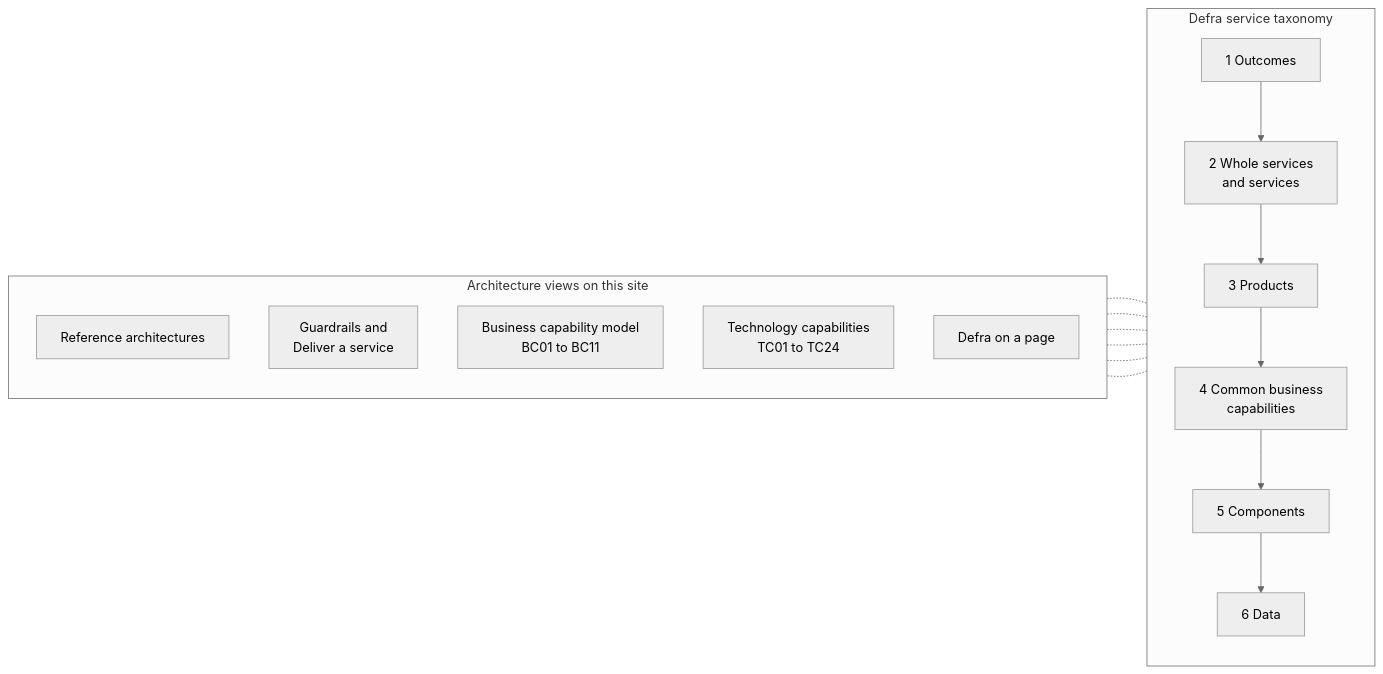
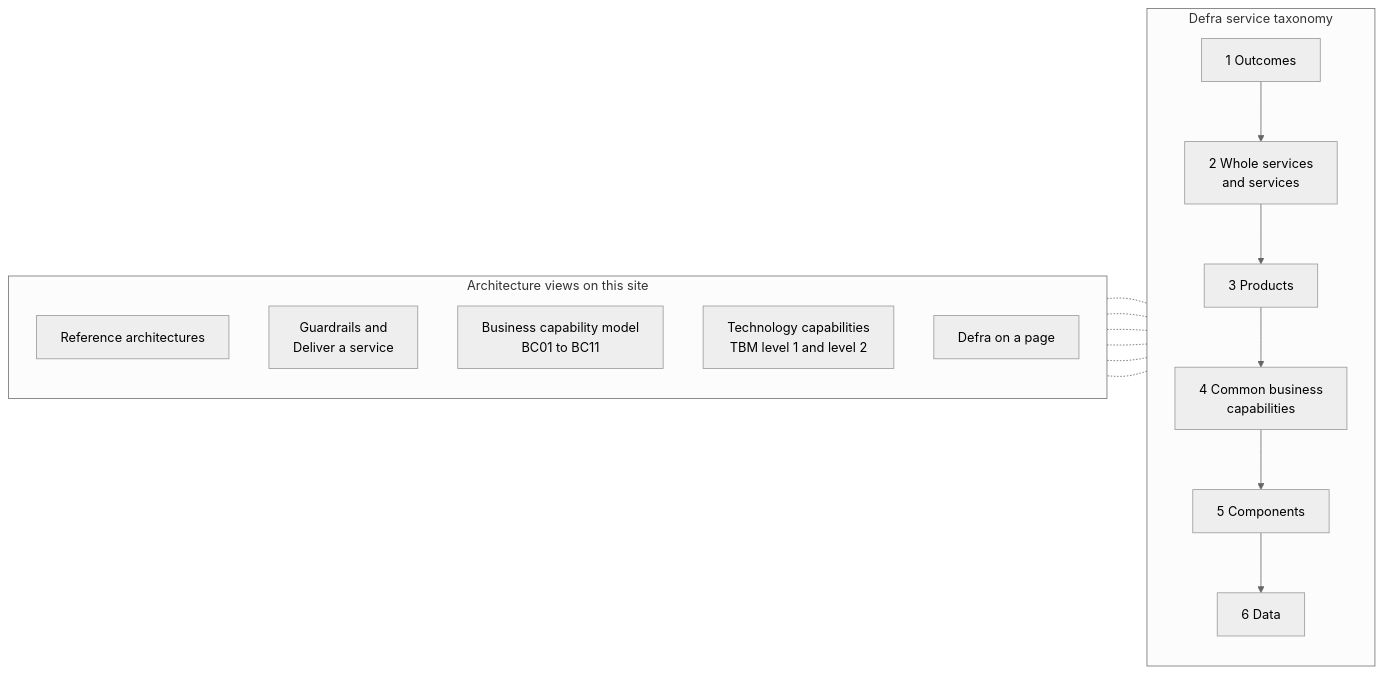
Before and after one commit to DEFRA/architecture: the diagram in docs/handrail/services-and-capabilities.md, drawn with Mermaid (neutral theme). The commit also changed 33 other files, not shown here.

First line of the commit message:
Replace TC01 to TC24 with TBM level 1 and level 2 only

````diff
--- a/docs/handrail/services-and-capabilities.md
+++ b/docs/handrail/services-and-capabilities.md
@@ -39,27 +39,27 @@
 ```mermaid
 flowchart LR
     accTitle: How the Defra service taxonomy links to the architecture handrail
     accDescr: The six levels of the service taxonomy are shown on the left, from outcomes, through whole services and services, products, common business capabilities and components, to data. On the right, the architecture views that sit at each level. Reference architectures describe common shapes of service. Guardrails and the Deliver a service section apply mainly to products. The business capability model is Defra's set of common business capabilities. Technology capabilities connect business capabilities to the components, including platforms, that provide them. Defra on a page describes the data and its authoritative sources.
     subgraph TAX["Defra service taxonomy"]
         direction TB
         L1["1 Outcomes"] --> L2["2 Whole services<br/>and services"]
         L2 --> L3["3 Products"]
         L3 --> L4["4 Common business<br/>capabilities"]
         L4 --> L5["5 Components"]
         L5 --> L6["6 Data"]
     end
     subgraph ARCH["Architecture views on this site"]
         direction TB
         RA["Reference architectures"]
         GR["Guardrails and<br/>Deliver a service"]
         BCM["Business capability model<br/>BC01 to BC11"]
-        TC["Technology capabilities<br/>TC01 to TC24"]
+        TC["Technology capabilities<br/>TBM level 1 and level 2"]
         DOP["Defra on a page"]
     end
     L2 -.- RA
     L3 -.- GR
     L4 -.- BCM
     L4 -.- TC
     TC -.- L5
     L6 -.- DOP
 ```
````
